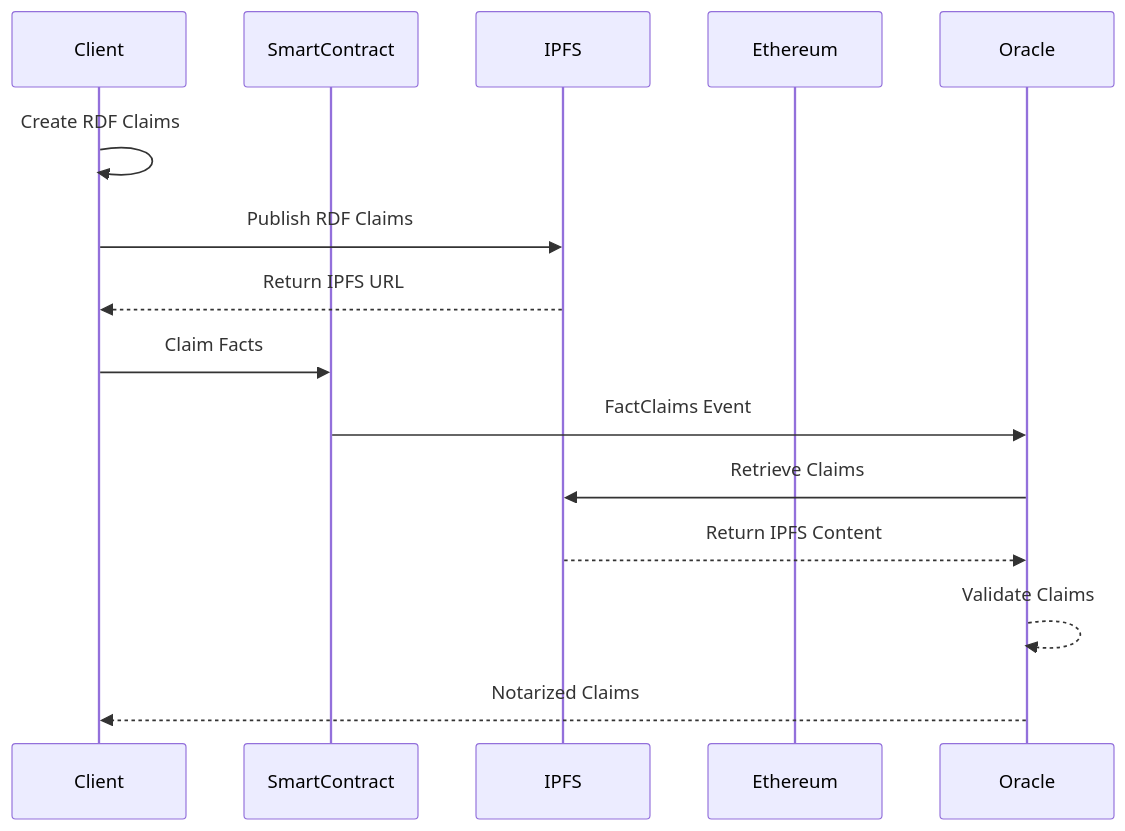
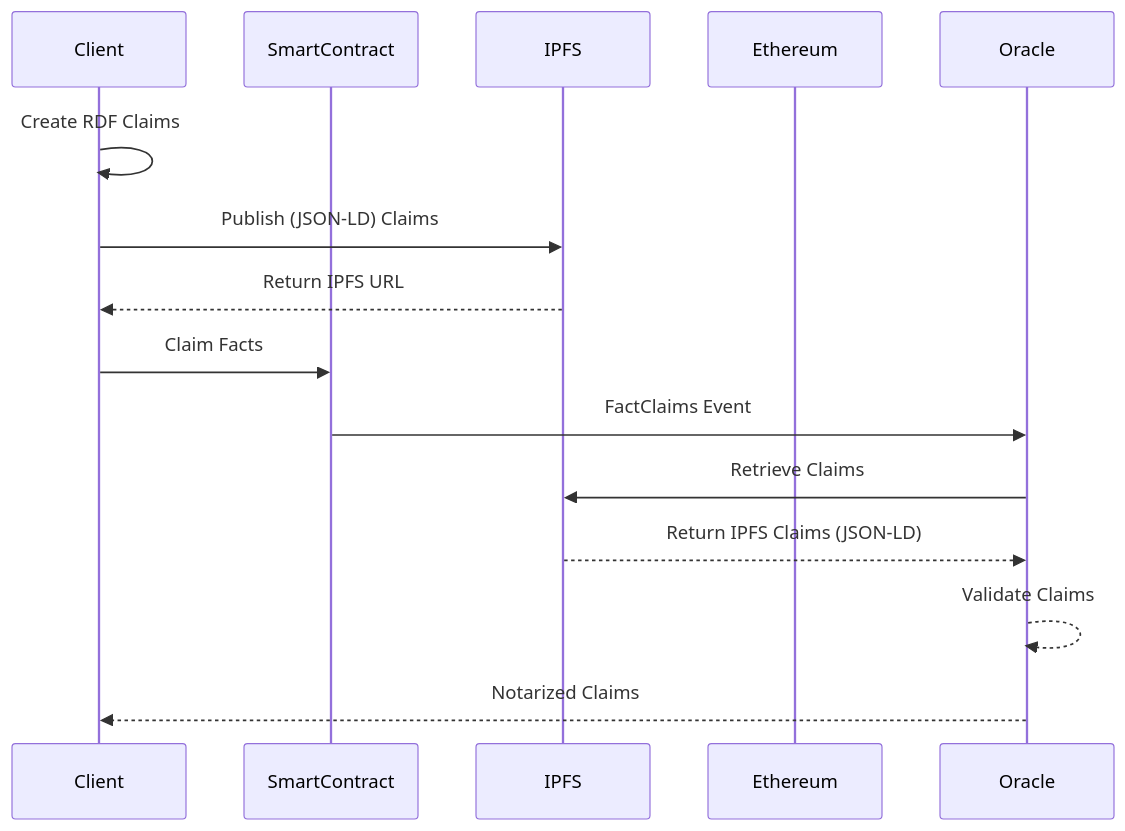
Before and after one commit to fact-claims/fact.claims: the third of 3 diagrams in www/content/rfc/draft.md, drawn with Mermaid.

````diff
--- a/www/content/rfc/draft.md
+++ b/www/content/rfc/draft.md
@@ -122,18 +122,18 @@
 ```mermaid
 sequenceDiagram
     participant Client
     participant SmartContract
     participant IPFS
     participant Ethereum
     participant Oracle
 
     Client->>Client: Create RDF Claims
-    Client->>IPFS: Publish RDF Claims
+    Client->>IPFS: Publish (JSON-LD) Claims
     IPFS-->>Client: Return IPFS URL
     Client->>SmartContract: Claim Facts 
     SmartContract->>Oracle: FactClaims Event
     Oracle->>IPFS: Retrieve Claims
-    IPFS-->>Oracle: Return IPFS Content
+    IPFS-->>Oracle: Return IPFS Claims (JSON-LD)
     Oracle-->>Oracle: Validate Claims
     Oracle-->>Client: Notarized Claims
 ```
````
